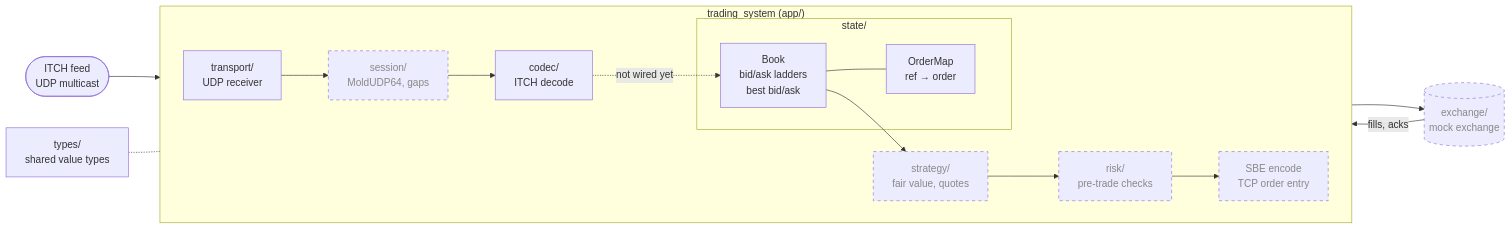
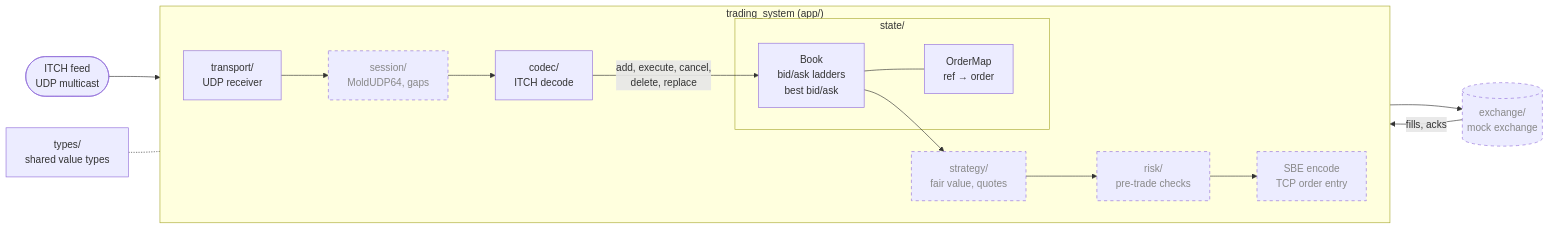
One commit to TanishqM1/marketmaking changed the diagram in README.md. Above: the diagram before and after it, drawn with Mermaid. The commit also changed other lines of this file and 10 other files, not shown here.

````diff
--- a/README.md
+++ b/README.md
@@ -54,27 +54,27 @@
 ```mermaid
 flowchart LR
     feed(["ITCH feed<br/>UDP multicast"]) --> transport
 
     subgraph ts["trading_system (app/)"]
         direction LR
         transport["transport/<br/>UDP receiver"] --> session["session/<br/>MoldUDP64, gaps"]
         session --> codec["codec/<br/>ITCH decode"]
-        codec -. "not wired yet" .-> book
+        codec -- "add, execute, cancel,<br/>delete, replace" --> book
 
         subgraph state["state/"]
             book["Book<br/>bid/ask ladders<br/>best bid/ask"] --- omap["OrderMap<br/>ref → order"]
         end
 
         book --> strategy["strategy/<br/>fair value, quotes"]
         strategy --> risk["risk/<br/>pre-trade checks"]
         risk --> out["SBE encode<br/>TCP order entry"]
     end
 
     out --> exchange[("exchange/<br/>mock exchange")]
     exchange -- "fills, acks" --> ts
 
     types["types/<br/>shared value types"] -.- ts
 
     classDef planned stroke-dasharray: 5 5,color:#888
     class session,strategy,risk,out,exchange planned
 ```
````
